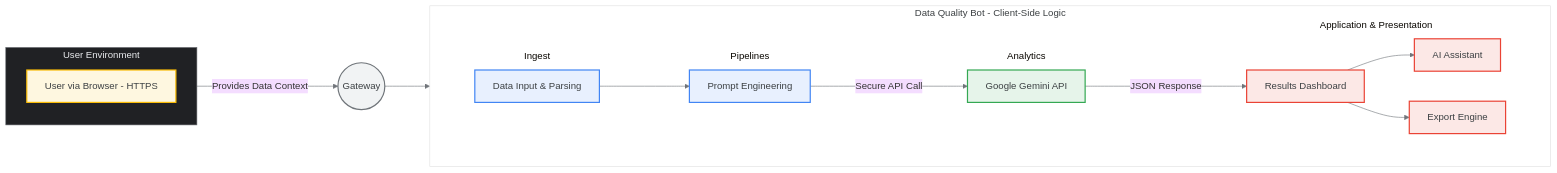
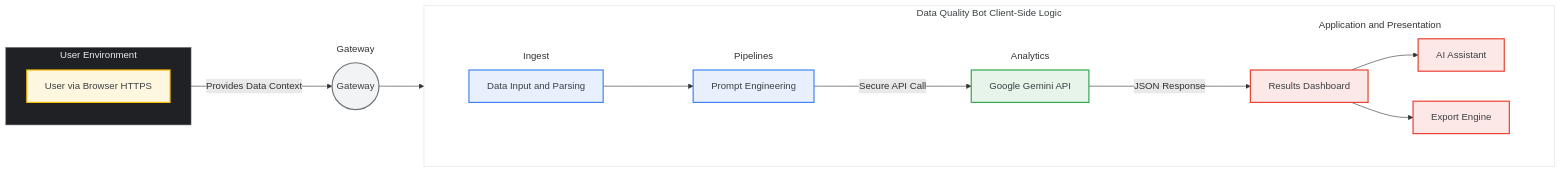
One commit to chtsalvishal/DQ_Gen_AI_Bot changed the first of 2 diagrams in README.md. Above: the diagram before and after it, drawn with Mermaid. The commit also changed other lines of this file, not shown here.

Commit message:
docs: Update architecture diagram theme
Adjust the Mermaid diagram theme and node styling in the README to improve readability and alignment with current branding.

````diff
--- a/README.md
+++ b/README.md
@@ -24,65 +24,52 @@
 ```mermaid
-%%{
-  init: {
-    "theme": "base",
-    "themeVariables": {
-      "fontFamily": "\"Roboto\", sans-serif",
-      "lineColor": "#70757A",
-      "textColor": "#3C4043",
-      "mainBkg": "#F8F9FA"
-    }
-  }
-}%%
 graph LR
-    subgraph user_env [User Environment]
+    subgraph userenv [User Environment]
         direction TB
-        A[User via Browser - HTTPS]:::userNode
+        A[User via Browser HTTPS]:::userNode
     end
 
-    subgraph gateway_sub [ ]
+    subgraph gatewaysub [Gateway]
       B((Gateway)):::gatewayNode
     end
     
-    A -- "Provides Data Context" --> B
+    A -- Provides Data Context --> B
 
-    subgraph bot_logic [Data Quality Bot - Client-Side Logic]
+    subgraph botlogic [Data Quality Bot Client-Side Logic]
         direction LR
-        subgraph ingest_sub [Ingest]
-            C[Data Input & Parsing]:::processNode
+        subgraph ingest [Ingest]
+            C[Data Input and Parsing]:::processNode
         end
-        subgraph pipelines_sub [Pipelines]
+        subgraph pipelines [Pipelines]
             D[Prompt Engineering]:::processNode
         end
-        subgraph analytics_sub [Analytics]
+        subgraph analytics [Analytics]
             E[Google Gemini API]:::apiNode
         end
-        subgraph app_sub [Application & Presentation]
+        subgraph app [Application and Presentation]
             F[Results Dashboard]:::outputNode
             G[AI Assistant]:::outputNode
             H[Export Engine]:::outputNode
         end
     end
 
     B --> C
     C --> D
-    D -- "Secure API Call" --> E
-    E -- "JSON Response" --> F
+    D -- Secure API Call --> E
+    E -- JSON Response --> F
     F --> G
     F --> H
     
-    %% Style Subgraphs to create the split background effect
-    style user_env fill:#202124,stroke:#5F6368,color:#E8EAED
-    style gateway_sub fill:transparent,stroke:transparent
-    style bot_logic fill:#FFFFFF,stroke:#E0E0E0,color:#3C4043
-    style ingest_sub fill:transparent,stroke:transparent
-    style pipelines_sub fill:transparent,stroke:transparent
-    style analytics_sub fill:transparent,stroke:transparent
-    style app_sub fill:transparent,stroke:transparent
+    style userenv fill:#202124,stroke:#5F6368,color:#E8EAED
+    style gatewaysub fill:transparent,stroke:transparent
+    style botlogic fill:#FFFFFF,stroke:#E0E0E0,color:#3C4043
+    style ingest fill:transparent,stroke:transparent
+    style pipelines fill:transparent,stroke:transparent
+    style analytics fill:transparent,stroke:transparent
+    style app fill:transparent,stroke:transparent
 
-    %% Style Nodes for a professional, GCP-like feel
     classDef userNode fill:#FEF7E0,stroke:#FBBC05,stroke-width:2px,color:#3C4043
     classDef gatewayNode fill:#F1F3F4,stroke:#70757A,stroke-width:2px,color:#3C4043
     classDef processNode fill:#E8F0FE,stroke:#4285F4,stroke-width:2px,color:#3C4043
     classDef apiNode fill:#E6F4EA,stroke:#34A853,stroke-width:2px,color:#3C4043
     classDef outputNode fill:#FCE8E6,stroke:#EA4335,stroke-width:2px,color:#3C4043
 ```
````
